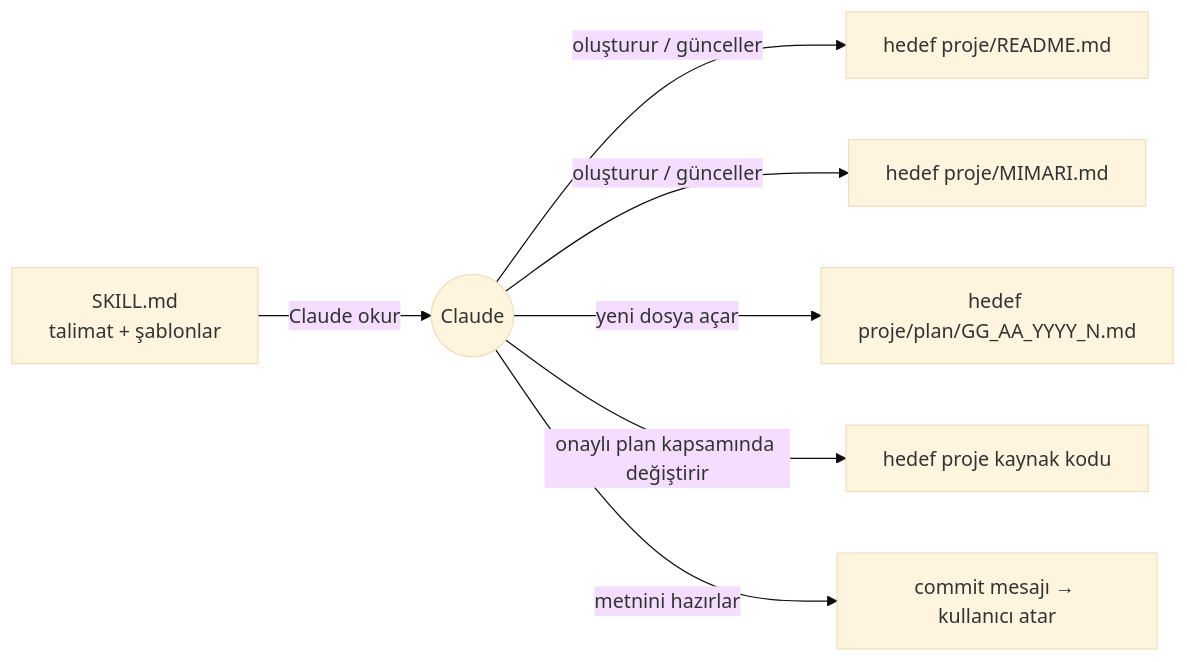
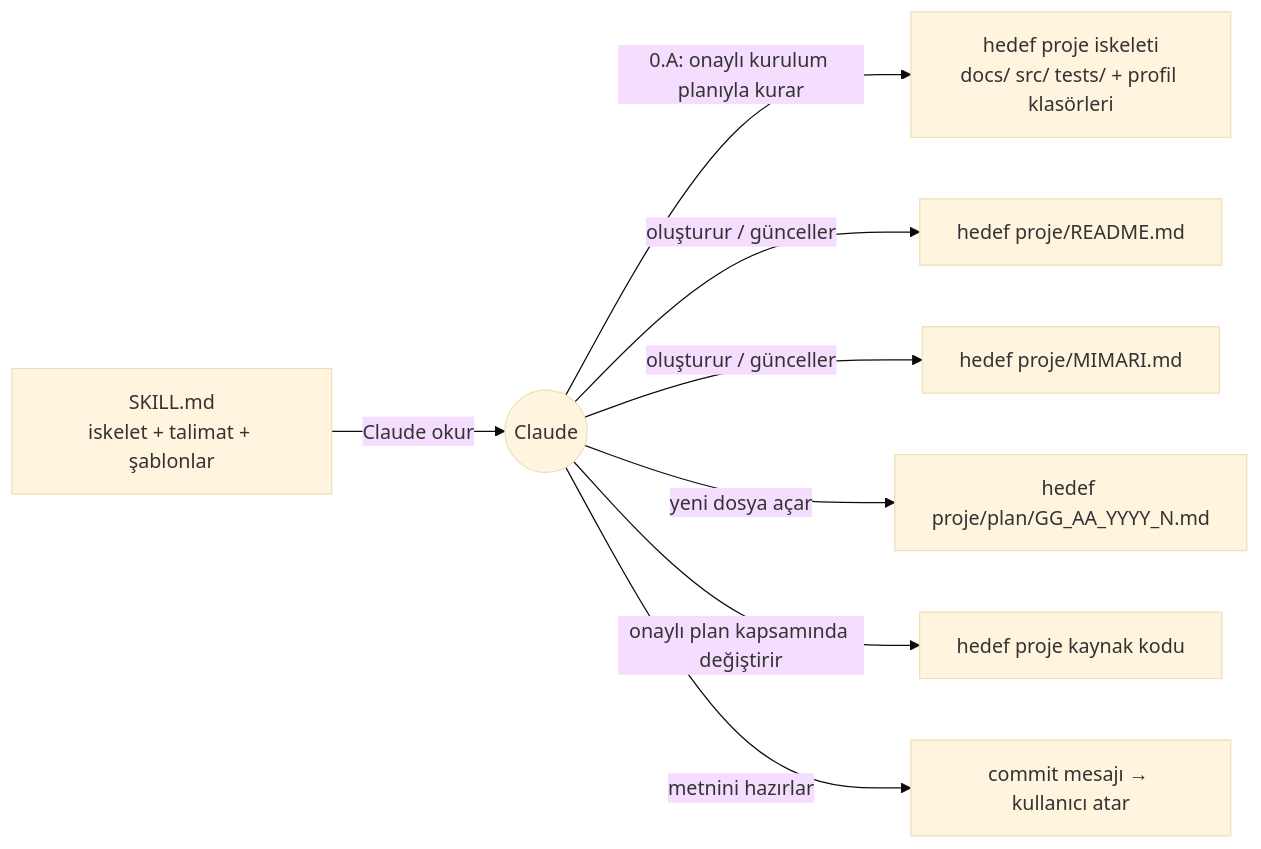
Before and after one commit to s4plant1-coder/Claude_Skills: the first of 2 diagrams in Proje/MIMARI.md, drawn with Mermaid (base theme). The commit also changed other lines of this file and 24 other files, not shown here.

````diff
--- a/Proje/MIMARI.md
+++ b/Proje/MIMARI.md
@@ -13,9 +14,10 @@
 ```mermaid
 flowchart LR
-  S[SKILL.md<br/>talimat + şablonlar] -->|Claude okur| C((Claude))
+  S[SKILL.md<br/>iskelet + talimat + şablonlar] -->|Claude okur| C((Claude))
+  C -->|0.A: onaylı kurulum planıyla kurar| I[hedef proje iskeleti<br/>docs/ src/ tests/ + profil klasörleri]
   C -->|oluşturur / günceller| R[hedef proje/README.md]
   C -->|oluşturur / günceller| M[hedef proje/MIMARI.md]
   C -->|yeni dosya açar| P[hedef proje/plan/GG_AA_YYYY_N.md]
   C -->|onaylı plan kapsamında değiştirir| K[hedef proje kaynak kodu]
   C -->|metnini hazırlar| G[commit mesajı → kullanıcı atar]
 ```
````
